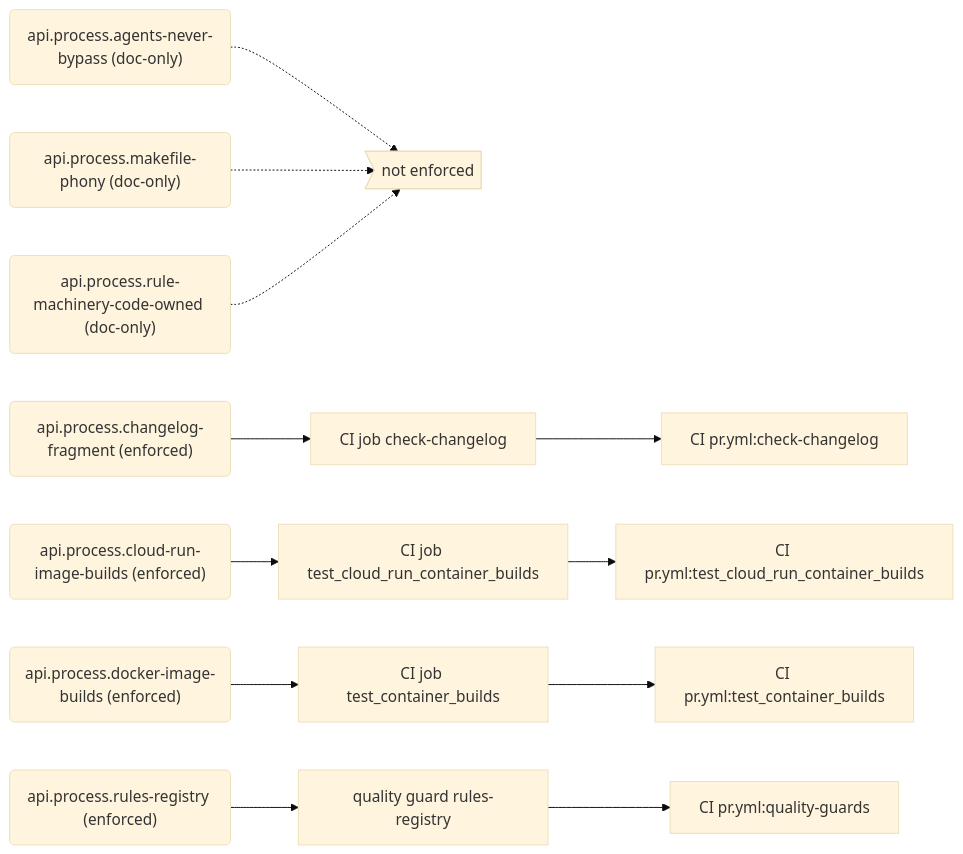
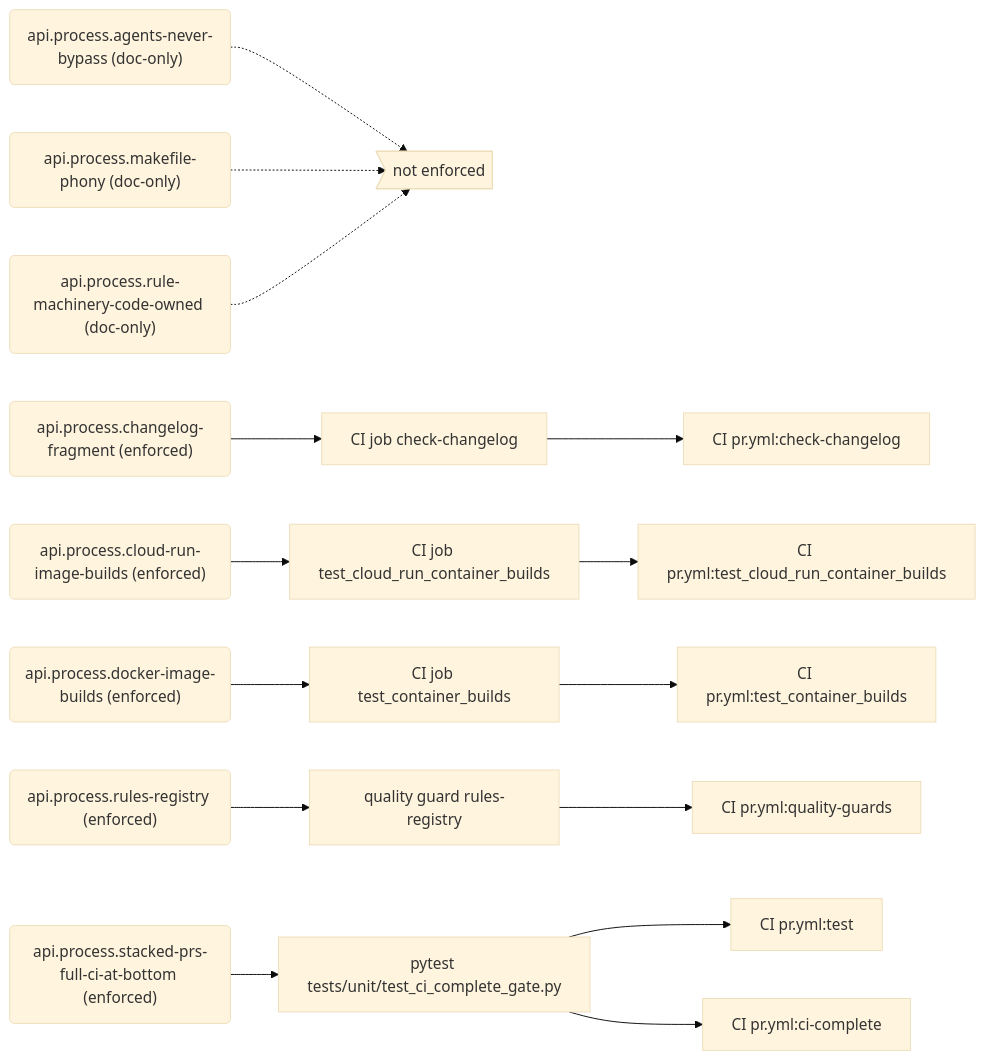
The eighth of 8 diagrams in docs/generated/rules.md (PolicyEngine/policyengine-api), drawn with Mermaid (base theme) before and after one commit. The commit also changed other lines of this file and 5 other files, not shown here.

First line of the commit message:
Register the stacked-PR CI gate as a rule

````diff
--- a/docs/generated/rules.md
+++ b/docs/generated/rules.md
@@ -335,30 +336,37 @@
 ```mermaid
 flowchart LR
   r_api_process_agents_never_bypass("api.process.agents-never-bypass (doc-only)")
   gap_unenforced>"not enforced"]
   r_api_process_changelog_fragment("api.process.changelog-fragment (enforced)")
   e_CI_job_check_changelog["CI job check-changelog"]
   j_CI_pr_yml_check_changelog["CI pr.yml:check-changelog"]
   r_api_process_cloud_run_image_builds("api.process.cloud-run-image-builds (enforced)")
   e_CI_job_test_cloud_run_container_builds["CI job test_cloud_run_container_builds"]
   j_CI_pr_yml_test_cloud_run_container_builds["CI pr.yml:test_cloud_run_container_builds"]
   r_api_process_docker_image_builds("api.process.docker-image-builds (enforced)")
   e_CI_job_test_container_builds["CI job test_container_builds"]
   j_CI_pr_yml_test_container_builds["CI pr.yml:test_container_builds"]
   r_api_process_makefile_phony("api.process.makefile-phony (doc-only)")
   r_api_process_rule_machinery_code_owned("api.process.rule-machinery-code-owned (doc-only)")
   r_api_process_rules_registry("api.process.rules-registry (enforced)")
   e_quality_guard_rules_registry["quality guard rules-registry"]
   j_CI_pr_yml_quality_guards["CI pr.yml:quality-guards"]
+  r_api_process_stacked_prs_full_ci_at_bottom("api.process.stacked-prs-full-ci-at-bottom (enforced)")
+  e_pytest_tests_unit_test_ci_complete_gate_py["pytest tests/unit/test_ci_complete_gate.py"]
+  j_CI_pr_yml_test["CI pr.yml:test"]
+  j_CI_pr_yml_ci_complete["CI pr.yml:ci-complete"]
   r_api_process_agents_never_bypass -.-> gap_unenforced
   r_api_process_changelog_fragment --> e_CI_job_check_changelog
   e_CI_job_check_changelog --> j_CI_pr_yml_check_changelog
   r_api_process_cloud_run_image_builds --> e_CI_job_test_cloud_run_container_builds
   e_CI_job_test_cloud_run_container_builds --> j_CI_pr_yml_test_cloud_run_container_builds
   r_api_process_docker_image_builds --> e_CI_job_test_container_builds
   e_CI_job_test_container_builds --> j_CI_pr_yml_test_container_builds
   r_api_process_makefile_phony -.-> gap_unenforced
   r_api_process_rule_machinery_code_owned -.-> gap_unenforced
   r_api_process_rules_registry --> e_quality_guard_rules_registry
   e_quality_guard_rules_registry --> j_CI_pr_yml_quality_guards
+  r_api_process_stacked_prs_full_ci_at_bottom --> e_pytest_tests_unit_test_ci_complete_gate_py
+  e_pytest_tests_unit_test_ci_complete_gate_py --> j_CI_pr_yml_test
+  e_pytest_tests_unit_test_ci_complete_gate_py --> j_CI_pr_yml_ci_complete
 ```
````
